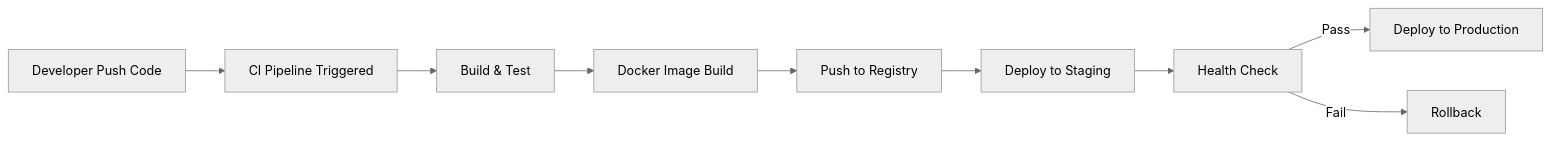
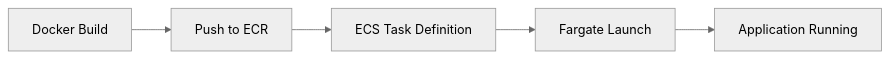
The fifth of 7 diagrams in README.md (AniketFirke/-CI-CD-Projects), drawn with Mermaid (neutral theme) before and after one commit. The commit also changed other lines of this file, not shown here.

````diff
--- a/README.md
+++ b/README.md
@@ -158,11 +136,7 @@
 ```mermaid
 flowchart LR
-A[Developer Push Code] --> B[CI Pipeline Triggered]
-B --> C[Build & Test]
-C --> D[Docker Image Build]
-D --> E[Push to Registry]
-E --> F[Deploy to Staging]
-F --> G[Health Check]
-G -->|Pass| H[Deploy to Production]
-G -->|Fail| I[Rollback]
+    A[Docker Build] --> B[Push to ECR]
+    B --> C[ECS Task Definition]
+    C --> D[Fargate Launch]
+    D --> E[Application Running]
 ```
````
